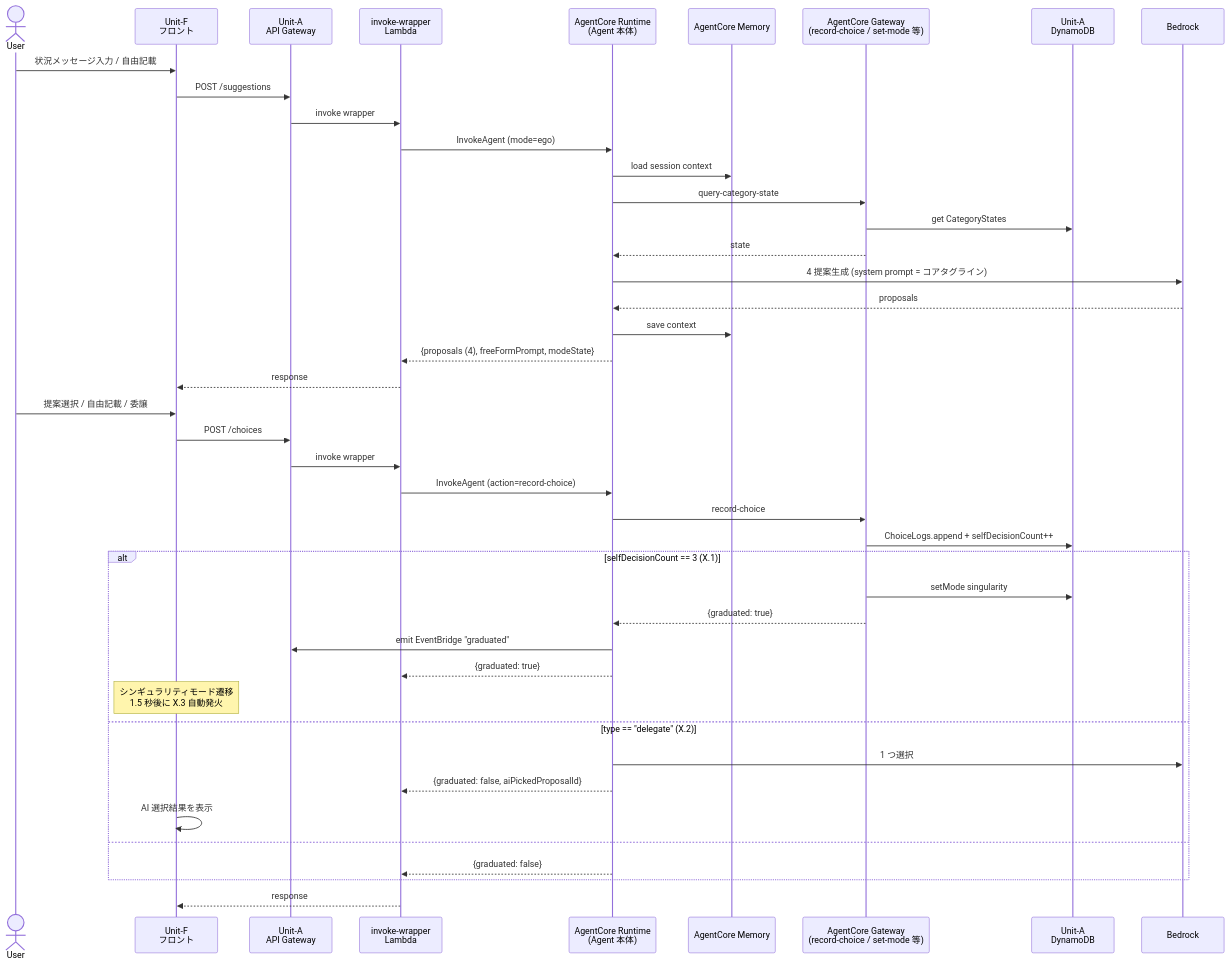
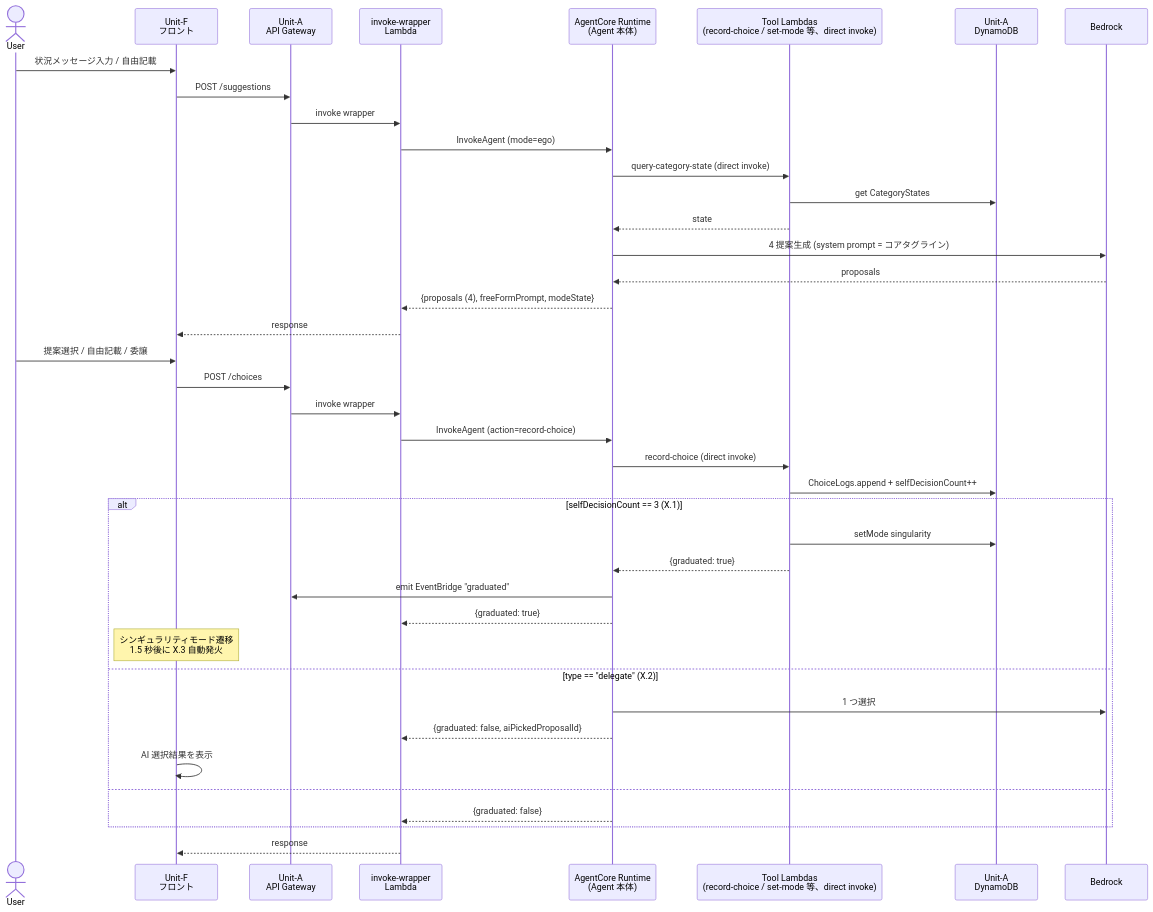
Before and after one commit to is-tech-lab/team-dlc-dame-labo-corporation: the first of 4 diagrams in aidlc-docs/inception/application-design/unit-of-work-dependency.md, drawn with Mermaid. The commit also changed other lines of this file and 7 other files, not shown here.

````diff
--- a/aidlc-docs/inception/application-design/unit-of-work-dependency.md
+++ b/aidlc-docs/inception/application-design/unit-of-work-dependency.md
@@ -66,47 +66,44 @@
 ```mermaid
 sequenceDiagram
     actor User
     participant F as Unit-F<br/>フロント
     participant A as Unit-A<br/>API Gateway
     participant W as invoke-wrapper<br/>Lambda
     participant AC as AgentCore Runtime<br/>(Agent 本体)
-    participant Mem as AgentCore Memory
-    participant Tools as AgentCore Gateway<br/>(record-choice / set-mode 等)
+    participant Tools as Tool Lambdas<br/>(record-choice / set-mode 等、direct invoke)
     participant DDB as Unit-A<br/>DynamoDB
     participant Bedrock
 
     User->>F: 状況メッセージ入力 / 自由記載
     F->>A: POST /suggestions
     A->>W: invoke wrapper
     W->>AC: InvokeAgent (mode=ego)
-    AC->>Mem: load session context
-    AC->>Tools: query-category-state
+    AC->>Tools: query-category-state (direct invoke)
     Tools->>DDB: get CategoryStates
     Tools-->>AC: state
     AC->>Bedrock: 4 提案生成 (system prompt = コアタグライン)
     Bedrock-->>AC: proposals
-    AC->>Mem: save context
     AC-->>W: {proposals (4), freeFormPrompt, modeState}
     W-->>F: response
 
     User->>F: 提案選択 / 自由記載 / 委譲
     F->>A: POST /choices
     A->>W: invoke wrapper
     W->>AC: InvokeAgent (action=record-choice)
-    AC->>Tools: record-choice
+    AC->>Tools: record-choice (direct invoke)
     Tools->>DDB: ChoiceLogs.append + selfDecisionCount++
     alt selfDecisionCount == 3 (X.1)
         Tools->>DDB: setMode singularity
         Tools-->>AC: {graduated: true}
         AC->>A: emit EventBridge "graduated"
         AC-->>W: {graduated: true}
         Note over F: シンギュラリティモード遷移<br/>1.5 秒後に X.3 自動発火
     else type == "delegate" (X.2)
         AC->>Bedrock: 1 つ選択
         AC-->>W: {graduated: false, aiPickedProposalId}
         F->>F: AI 選択結果を表示
     else
         AC-->>W: {graduated: false}
     end
     W-->>F: response
 ```
````
